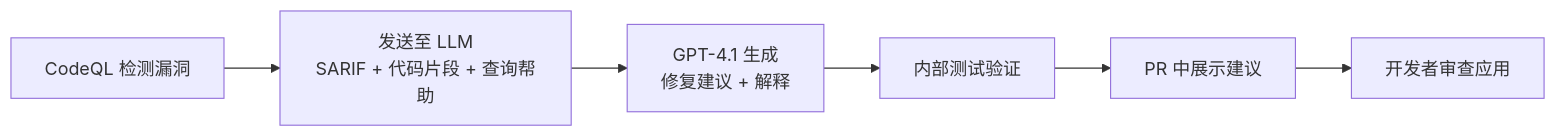
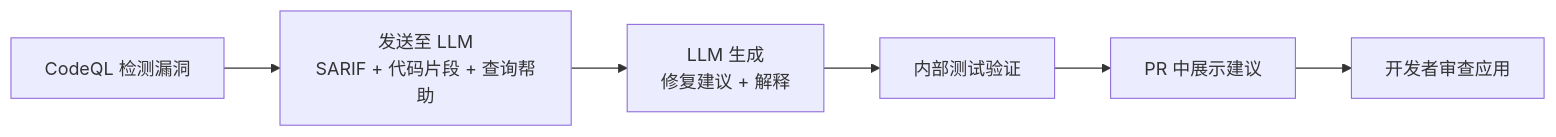
Before and after one commit to ghcpSharing/library: the third of 4 diagrams in labs/agents/README.md, drawn with Mermaid. The commit also changed other lines of this file, not shown here.

````diff
--- a/labs/agents/README.md
+++ b/labs/agents/README.md
@@ -346,8 +346,8 @@
 ```mermaid
 graph LR
     A[CodeQL 检测漏洞] --> B[发送至 LLM<br/>SARIF + 代码片段 + 查询帮助]
-    B --> C[GPT-4.1 生成<br/>修复建议 + 解释]
+    B --> C[LLM 生成<br/>修复建议 + 解释]
     C --> D[内部测试验证]
     D --> E[PR 中展示建议]
     E --> F[开发者审查应用]
 ```
````
